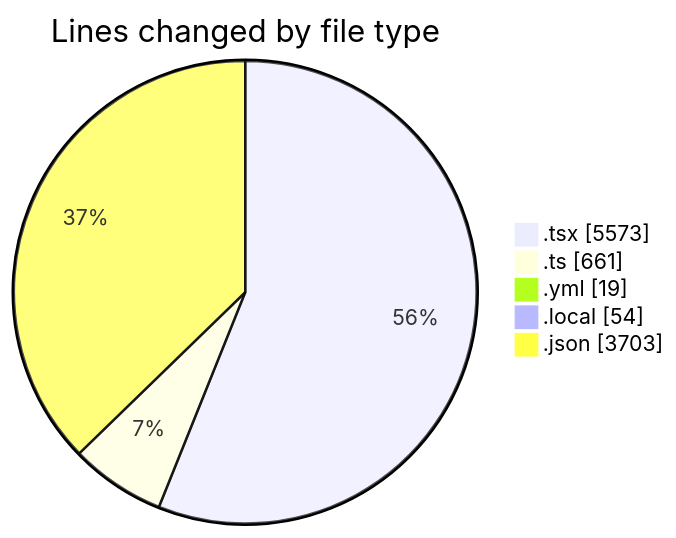
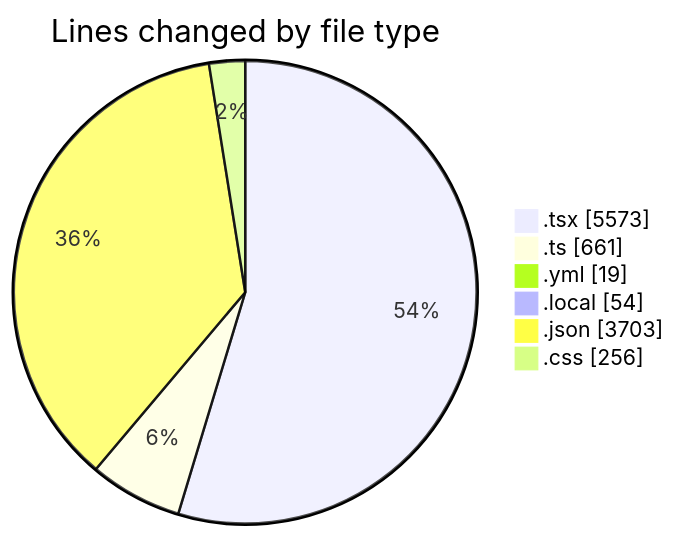
The first of 2 diagrams in 2025-11-18/eventscop-frontend-guide__workspace_/README.md (julien-gomy/code-tracking), drawn with Mermaid before and after one commit. The commit also changed other lines of this file and 1 other file, not shown here.

````diff
--- a/2025-11-18/eventscop-frontend-guide__workspace_/README.md
+++ b/2025-11-18/eventscop-frontend-guide__workspace_/README.md
@@ -68,9 +69,10 @@
 ```mermaid
 pie showData
 title Lines changed by file type
 ".tsx" : 5573
 ".ts" : 661
 ".yml" : 19
 ".local" : 54
 ".json" : 3703
+".css" : 256
 ```
````
